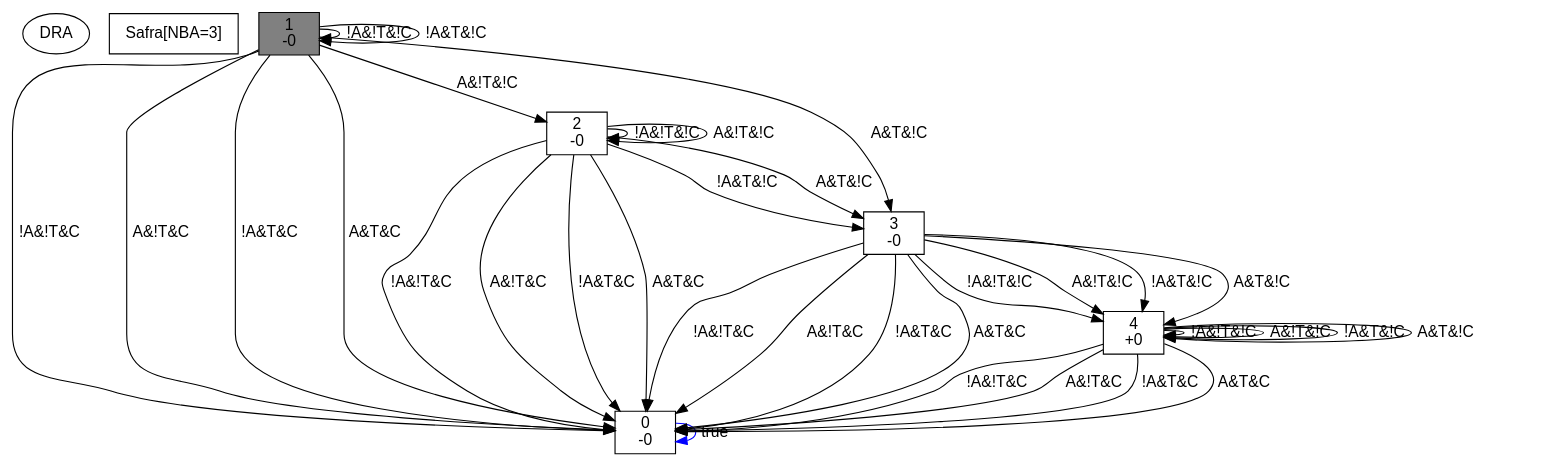
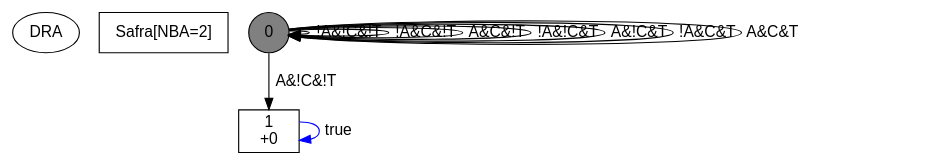
One commit to gaoqitong/DRA_Guide_Planning changed the diagram in my.dot. Above: the diagram before and after it, drawn with Graphviz. The commit also changed 37 other files, not shown here.

```diff
--- a/my.dot
+++ b/my.dot
@@ -1,44 +1,17 @@
 digraph DRA {
  node [fontname=Helvetica]
  edge [constraints=false, fontname=Helvetica]
 "type" [shape=ellipse, label="DRA"]
-"comment" [shape=box, label="Safra[NBA=3]"]
-"0" [label= "0\n -0", shape=box]
-"0" -> "0" [label=" true", color=blue]
-"1" [label= "1\n -0", shape=box, style=filled, color=black, fillcolor=grey]
-"1" -> "1" [label=" !A&!T&!C"]
-"1" -> "2" [label=" A&!T&!C"]
-"1" -> "1" [label=" !A&T&!C"]
-"1" -> "3" [label=" A&T&!C"]
-"1" -> "0" [label=" !A&!T&C"]
-"1" -> "0" [label=" A&!T&C"]
-"1" -> "0" [label=" !A&T&C"]
-"1" -> "0" [label=" A&T&C"]
-"2" [label= "2\n -0", shape=box]
-"2" -> "2" [label=" !A&!T&!C"]
-"2" -> "2" [label=" A&!T&!C"]
-"2" -> "3" [label=" !A&T&!C"]
-"2" -> "3" [label=" A&T&!C"]
-"2" -> "0" [label=" !A&!T&C"]
-"2" -> "0" [label=" A&!T&C"]
-"2" -> "0" [label=" !A&T&C"]
-"2" -> "0" [label=" A&T&C"]
-"3" [label= "3\n -0", shape=box]
-"3" -> "4" [label=" !A&!T&!C"]
-"3" -> "4" [label=" A&!T&!C"]
-"3" -> "4" [label=" !A&T&!C"]
-"3" -> "4" [label=" A&T&!C"]
-"3" -> "0" [label=" !A&!T&C"]
-"3" -> "0" [label=" A&!T&C"]
-"3" -> "0" [label=" !A&T&C"]
-"3" -> "0" [label=" A&T&C"]
-"4" [label= "4\n +0", shape=box]
-"4" -> "4" [label=" !A&!T&!C"]
-"4" -> "4" [label=" A&!T&!C"]
-"4" -> "4" [label=" !A&T&!C"]
-"4" -> "4" [label=" A&T&!C"]
-"4" -> "0" [label=" !A&!T&C"]
-"4" -> "0" [label=" A&!T&C"]
-"4" -> "0" [label=" !A&T&C"]
-"4" -> "0" [label=" A&T&C"]
+"comment" [shape=box, label="Safra[NBA=2]"]
+"0" [label= "0", shape=circle, style=filled, color=black, fillcolor=grey]
+"0" -> "0" [label=" !A&!C&!T"]
+"0" -> "1" [label=" A&!C&!T"]
+"0" -> "0" [label=" !A&C&!T"]
+"0" -> "0" [label=" A&C&!T"]
+"0" -> "0" [label=" !A&!C&T"]
+"0" -> "0" [label=" A&!C&T"]
+"0" -> "0" [label=" !A&C&T"]
+"0" -> "0" [label=" A&C&T"]
+"1" [label= "1\n +0", shape=box]
+"1" -> "1" [label=" true", color=blue]
 }
```
